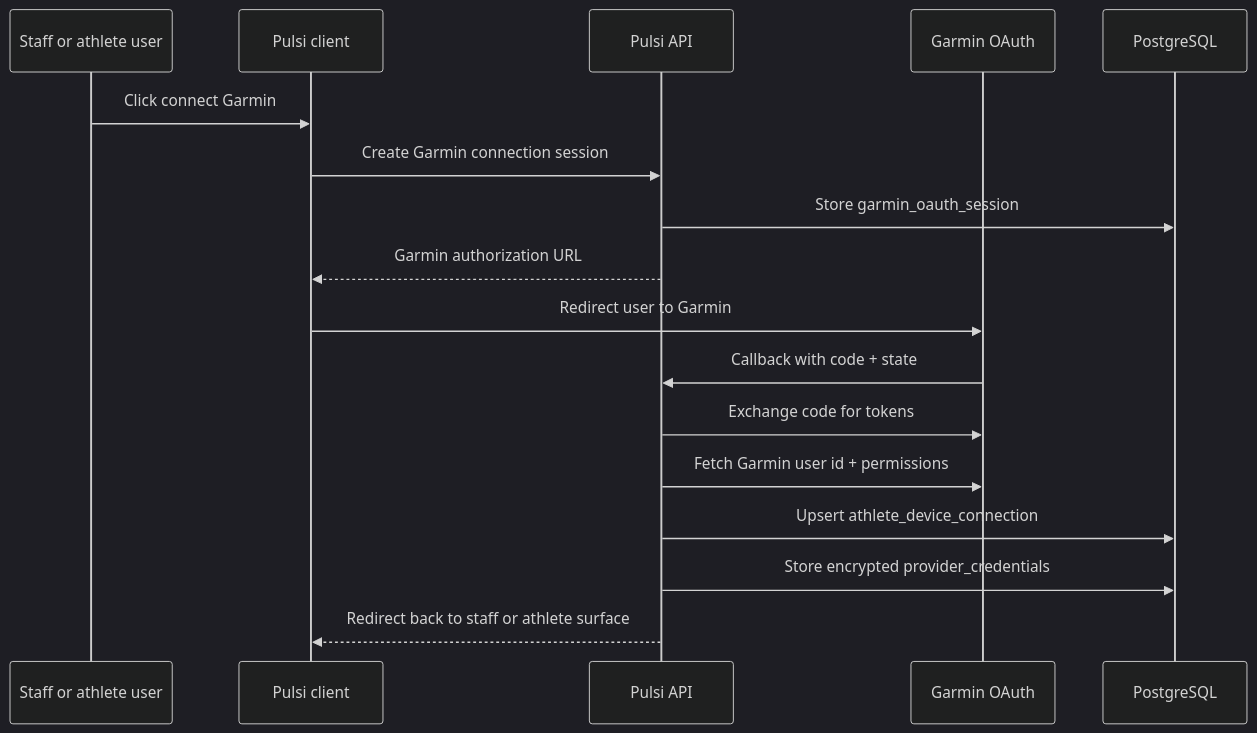
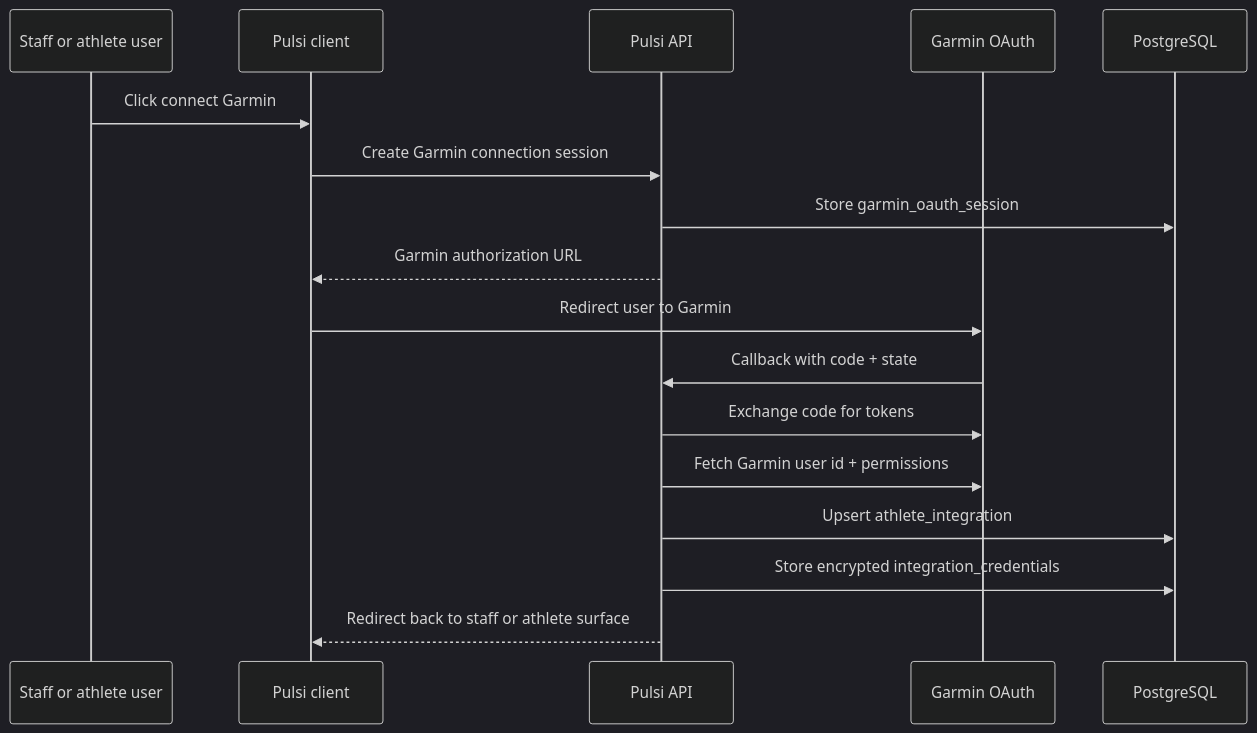
Before and after one commit to eademi/pulsi: the seventh of 13 diagrams in docs/SYSTEM_DIAGRAMS.md, drawn with Mermaid (dark theme). The commit also changed other lines of this file and 21 other files, not shown here.

````diff
--- a/docs/SYSTEM_DIAGRAMS.md
+++ b/docs/SYSTEM_DIAGRAMS.md
@@ -132,20 +132,20 @@
 ```mermaid
 sequenceDiagram
   participant StaffOrAthlete as Staff or athlete user
   participant Client as Pulsi client
   participant API as Pulsi API
   participant Garmin as Garmin OAuth
   participant DB as PostgreSQL
 
   StaffOrAthlete->>Client: Click connect Garmin
   Client->>API: Create Garmin connection session
   API->>DB: Store garmin_oauth_session
   API-->>Client: Garmin authorization URL
   Client->>Garmin: Redirect user to Garmin
   Garmin->>API: Callback with code + state
   API->>Garmin: Exchange code for tokens
   API->>Garmin: Fetch Garmin user id + permissions
-  API->>DB: Upsert athlete_device_connection
-  API->>DB: Store encrypted provider_credentials
+  API->>DB: Upsert athlete_integration
+  API->>DB: Store encrypted integration_credentials
   API-->>Client: Redirect back to staff or athlete surface
 ```
````
